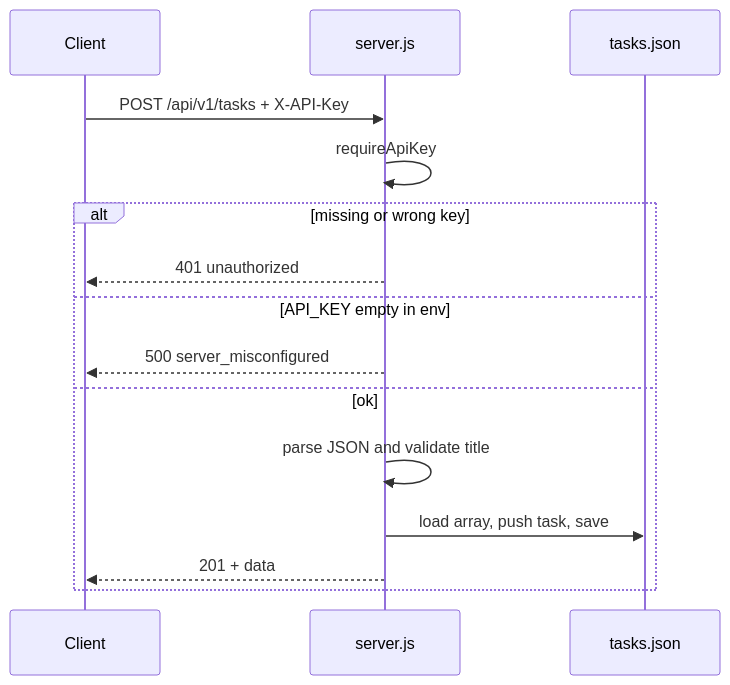
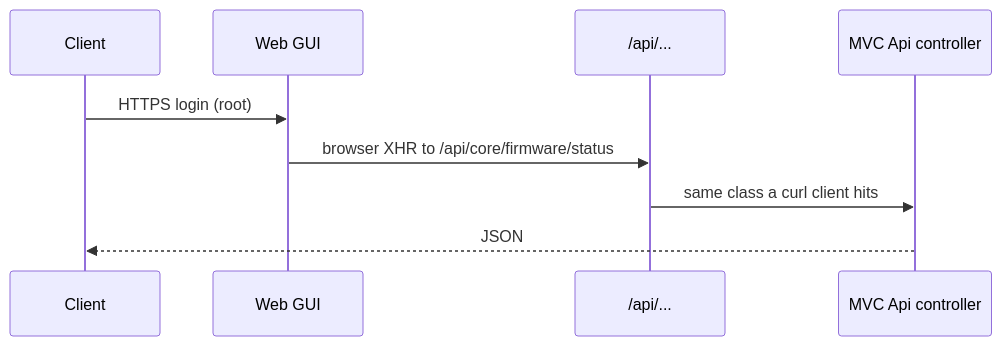
One commit to Brayden-Code-4/TW4-Delivrable changed the diagram in website/blog/2026-09-22-no-database-task-api.md. Above: the diagram before and after it, drawn with Mermaid. The commit also changed other lines of this file and 36 other files, not shown here.

````diff
--- a/website/blog/2026-09-22-no-database-task-api.md
+++ b/website/blog/2026-09-22-no-database-task-api.md
@@ -44,18 +24,12 @@
 ```mermaid
 sequenceDiagram
   participant C as Client
-  participant S as server.js
-  participant F as tasks.json
+  participant G as Web GUI
+  participant A as /api/...
+  participant M as MVC Api controller
 
-  C->>S: POST /api/v1/tasks + X-API-Key
-  S->>S: requireApiKey
-  alt missing or wrong key
-    S-->>C: 401 unauthorized
-  else API_KEY empty in env
-    S-->>C: 500 server_misconfigured
-  else ok
-    S->>S: parse JSON and validate title
-    S->>F: load array, push task, save
-    S-->>C: 201 + data
-  end
+  C->>G: HTTPS login (root)
+  G->>A: browser XHR to /api/core/firmware/status
+  A->>M: same class a curl client hits
+  M-->>C: JSON
 ```
````
